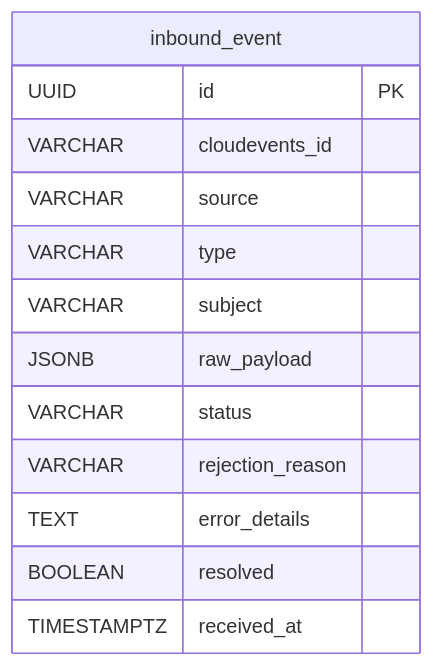
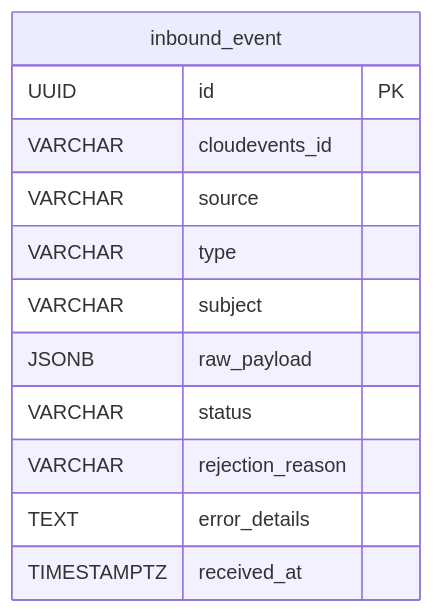
Before and after one commit to Jayaprakash8887/cce-collector-service: the sixth of 7 diagrams in docs/flow-diagrams.md, drawn with Mermaid. The commit also changed 6 other files, not shown here.

Commit message:
Feat #CCE-49: Update inbound_event schema and documentation to support UUIDv7 and adjust field constraints

````diff
--- a/docs/flow-diagrams.md
+++ b/docs/flow-diagrams.md
@@ -193,16 +193,15 @@
 ```mermaid
 erDiagram
     inbound_event {
         UUID id PK
         VARCHAR cloudevents_id
         VARCHAR source
         VARCHAR type
         VARCHAR subject
         JSONB raw_payload
         VARCHAR status
         VARCHAR rejection_reason
         TEXT error_details
-        BOOLEAN resolved
         TIMESTAMPTZ received_at
     }
 ```
````
